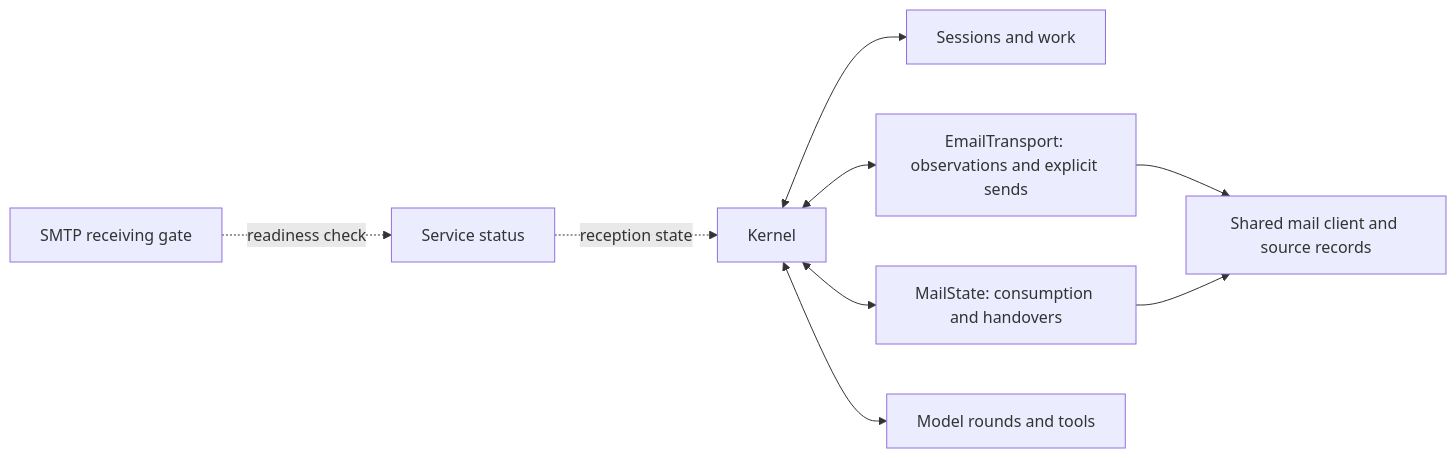
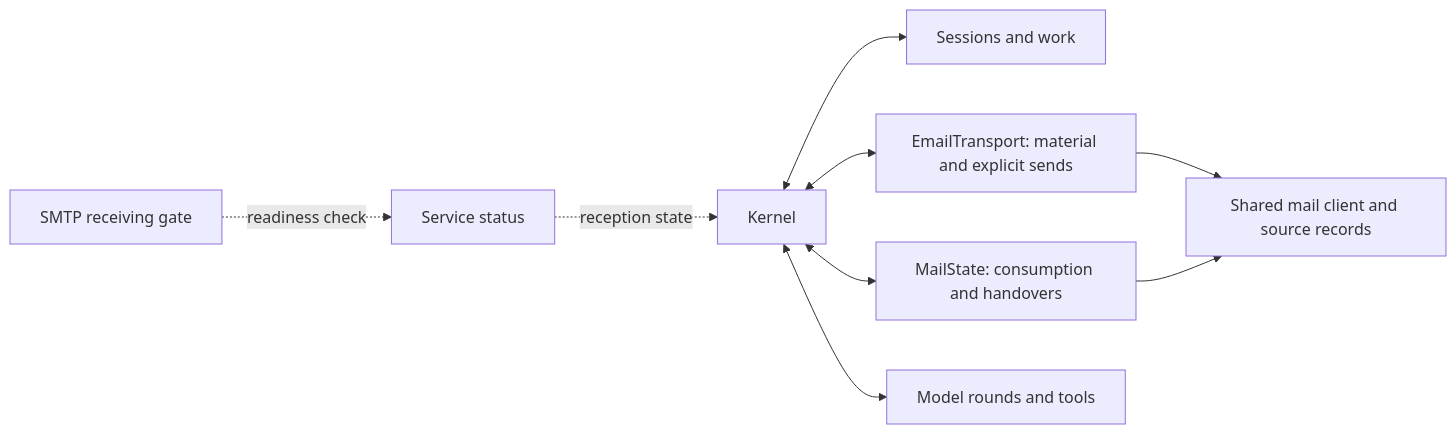
Before and after one commit to Ivenna/Ivenna: the diagram in docs/architecture.md, drawn with Mermaid. The commit also changed other lines of this file and 19 other files, not shown here.

````diff
--- a/docs/architecture.md
+++ b/docs/architecture.md
@@ -33,11 +33,11 @@
 ```mermaid
 flowchart LR
     Gateway[SMTP receiving gate] -. readiness check .-> Service[Service status]
     Service -. reception state .-> Kernel[Kernel]
     Kernel <--> Sessions[Sessions and work]
-    Kernel <--> Email[EmailTransport: observations and explicit sends]
+    Kernel <--> Email[EmailTransport: material and explicit sends]
     Kernel <--> State[MailState: consumption and handovers]
     Email --> Shared[Shared mail client and source records]
     State --> Shared
     Kernel <--> Engine[Model rounds and tools]
 ```
````
